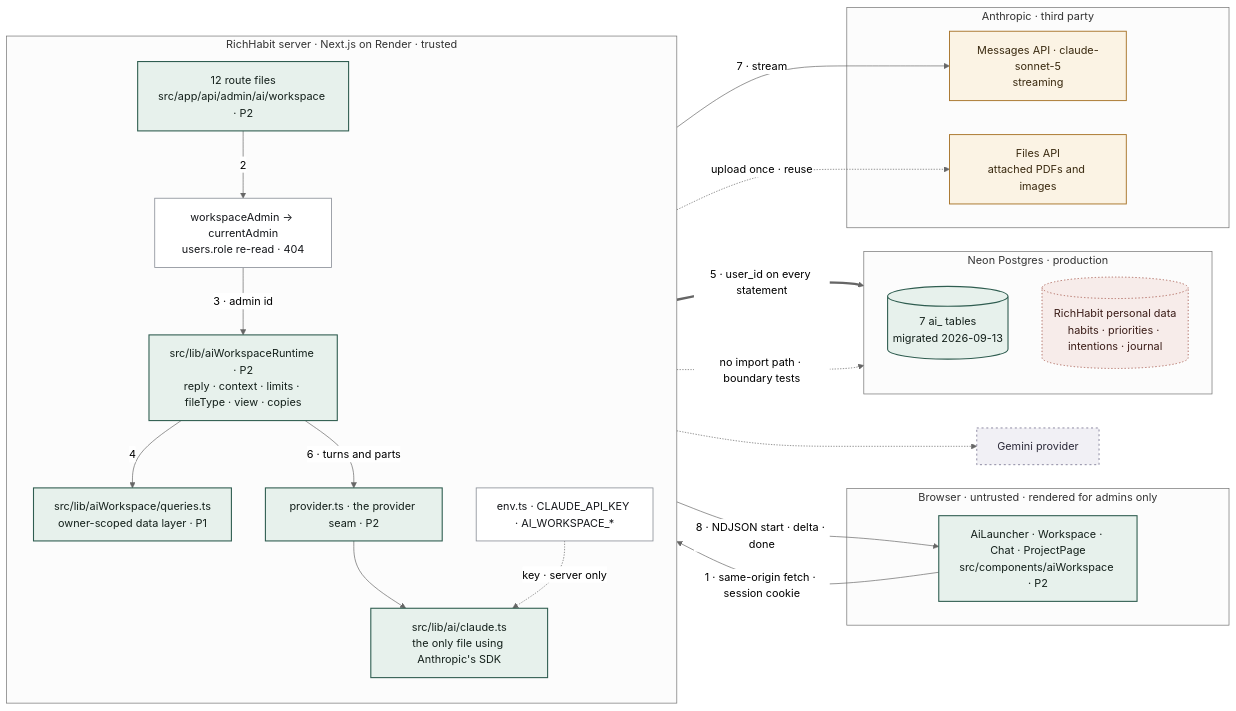
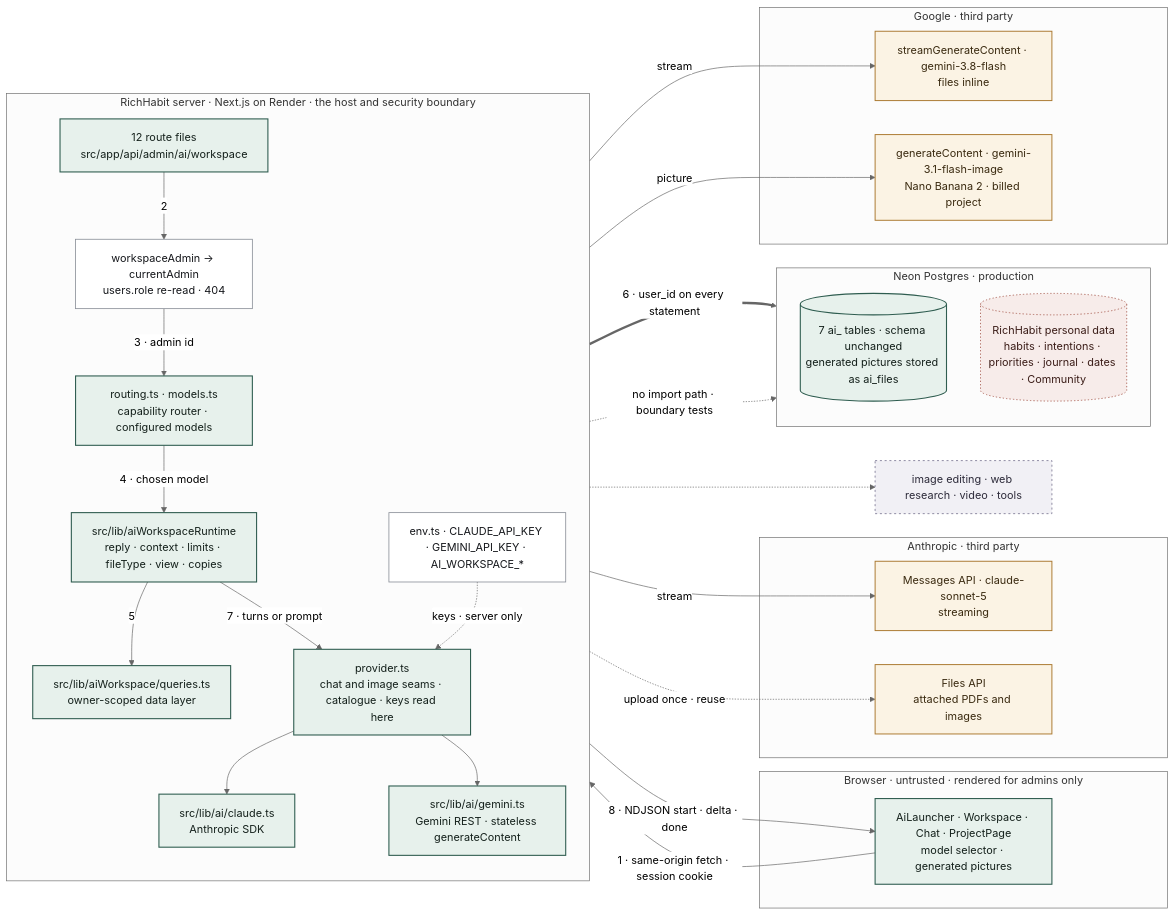
One commit to hemeiling/RichHabit changed the diagram in docs/architecture/diagrams/01-end-to-end.mmd. Above: the diagram before and after it, drawn with Mermaid (neutral theme). The commit also changed 34 other files, not shown here.

First line of the commit message:
Make the AI Workspace a general-purpose, multi-model assistant with image generation

```diff
--- a/docs/architecture/diagrams/01-end-to-end.mmd
+++ b/docs/architecture/diagrams/01-end-to-end.mmd
@@ -1,47 +1,58 @@
 flowchart LR
   classDef impl fill:#E7F1EC,stroke:#2F5D50,stroke-width:1.6px,color:#14201B
   classDef existing fill:#FFFFFF,stroke:#8A8F98,stroke-width:1.2px,color:#15171B
   classDef external fill:#FBF3E4,stroke:#A9762C,stroke-width:1.4px,color:#3A2A10
   classDef future fill:#F1F0F5,stroke:#77738F,stroke-width:1.2px,stroke-dasharray:3 4,color:#2D2B3A
   classDef blocked fill:#F7ECEA,stroke:#A6584C,stroke-width:1.2px,stroke-dasharray:2 3,color:#3B1D18
 
   subgraph BROWSER["Browser · untrusted · rendered for admins only"]
-    UI["AiLauncher · Workspace · Chat · ProjectPage<br/>src/components/aiWorkspace · P2"]:::impl
+    UI["AiLauncher · Workspace · Chat · ProjectPage<br/>model selector · generated pictures"]:::impl
   end
 
-  subgraph SERVER["RichHabit server · Next.js on Render · trusted"]
+  subgraph SERVER["RichHabit server · Next.js on Render · the host and security boundary"]
     direction TB
-    ROUTES["12 route files<br/>src/app/api/admin/ai/workspace · P2"]:::impl
+    ROUTES["12 route files<br/>src/app/api/admin/ai/workspace"]:::impl
     GUARD["workspaceAdmin → currentAdmin<br/>users.role re-read · 404"]:::existing
-    RUNTIME["src/lib/aiWorkspaceRuntime · P2<br/>reply · context · limits · fileType · view · copies"]:::impl
-    PROVIDER["provider.ts · the provider seam · P2"]:::impl
-    CLAUDEFILE["src/lib/ai/claude.ts<br/>the only file using Anthropic's SDK"]:::impl
-    DATA["src/lib/aiWorkspace/queries.ts<br/>owner-scoped data layer · P1"]:::impl
-    ENV["env.ts · CLAUDE_API_KEY · AI_WORKSPACE_*"]:::existing
+    ROUTER["routing.ts · models.ts<br/>capability router · configured models"]:::impl
+    RUNTIME["src/lib/aiWorkspaceRuntime<br/>reply · context · limits · fileType · view · copies"]:::impl
+    PROVIDER["provider.ts<br/>chat and image seams · catalogue · keys read here"]:::impl
+    CLAUDEFILE["src/lib/ai/claude.ts<br/>Anthropic SDK"]:::impl
+    GEMINIFILE["src/lib/ai/gemini.ts<br/>Gemini REST · stateless generateContent"]:::impl
+    DATA["src/lib/aiWorkspace/queries.ts<br/>owner-scoped data layer"]:::impl
+    ENV["env.ts · CLAUDE_API_KEY · GEMINI_API_KEY · AI_WORKSPACE_*"]:::existing
   end
 
   subgraph POSTGRES["Neon Postgres · production"]
     direction TB
-    AITABLES[("7 ai_ tables<br/>migrated 2026-09-13")]:::impl
-    PERSONAL[("RichHabit personal data<br/>habits · priorities · intentions · journal")]:::blocked
+    AITABLES[("7 ai_ tables · schema unchanged<br/>generated pictures stored as ai_files")]:::impl
+    PERSONAL[("RichHabit personal data<br/>habits · intentions · priorities · journal · dates · Community")]:::blocked
   end
 
   subgraph ANTHROPIC["Anthropic · third party"]
     MESSAGES["Messages API · claude-sonnet-5<br/>streaming"]:::external
     FILESAPI["Files API<br/>attached PDFs and images"]:::external
   end
-  GEMINI["Gemini provider"]:::future
+
+  subgraph GOOGLE["Google · third party"]
+    GTEXT["streamGenerateContent · gemini-3.8-flash<br/>files inline"]:::external
+    GIMAGE["generateContent · gemini-3.1-flash-image<br/>Nano Banana 2 · billed project"]:::external
+  end
+  FUT["image editing · web research · video · tools"]:::future
 
   UI -->|"1 · same-origin fetch · session cookie"| ROUTES
   ROUTES -->|"2"| GUARD
-  GUARD -->|"3 · admin id"| RUNTIME
-  RUNTIME -->|"4"| DATA
-  DATA ==>|"5 · user_id on every statement"| AITABLES
-  RUNTIME -->|"6 · turns and parts"| PROVIDER
+  GUARD -->|"3 · admin id"| ROUTER
+  ROUTER -->|"4 · chosen model"| RUNTIME
+  RUNTIME -->|"5"| DATA
+  DATA ==>|"6 · user_id on every statement"| AITABLES
+  RUNTIME -->|"7 · turns or prompt"| PROVIDER
   PROVIDER --> CLAUDEFILE
-  ENV -.->|"key · server only"| CLAUDEFILE
-  CLAUDEFILE -->|"7 · stream"| MESSAGES
+  PROVIDER --> GEMINIFILE
+  ENV -.->|"keys · server only"| PROVIDER
+  CLAUDEFILE -->|"stream"| MESSAGES
   CLAUDEFILE -.->|"upload once · reuse"| FILESAPI
+  GEMINIFILE -->|"stream"| GTEXT
+  GEMINIFILE -->|"picture"| GIMAGE
   ROUTES -->|"8 · NDJSON start · delta · done"| UI
-  PROVIDER -.-> GEMINI
+  ROUTER -.-> FUT
   RUNTIME -. "no import path · boundary tests" .-> PERSONAL
```
